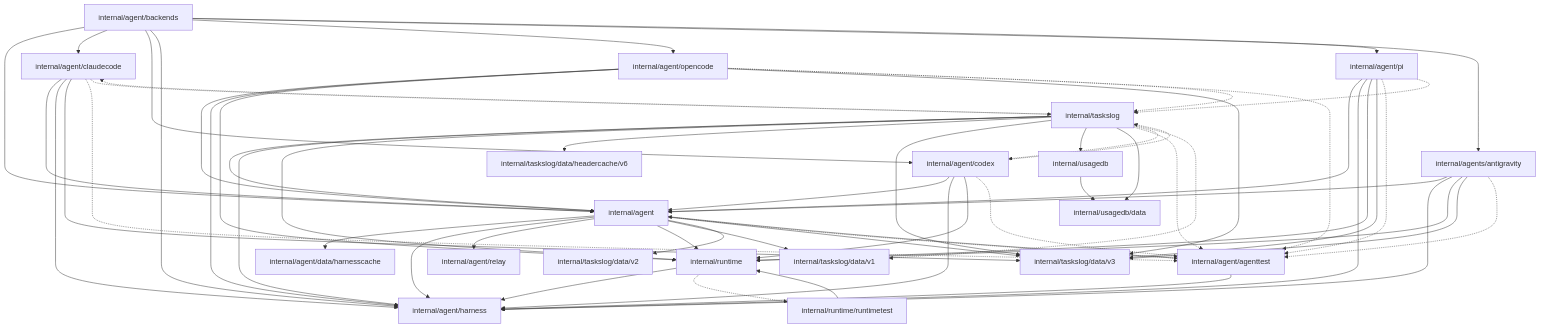
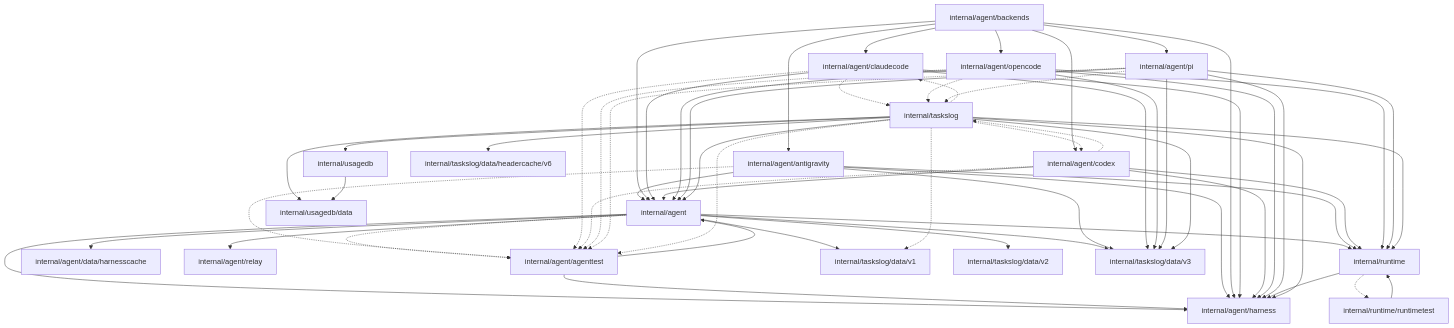
One commit to caic-xyz/caic changed the second of 3 diagrams in backend/docs/ARCHITECTURE.md. Above: the diagram before and after it, drawn with Mermaid. The commit also changed other lines of this file and 53 other files, not shown here.

```diff
--- a/backend/docs/ARCHITECTURE.md
+++ b/backend/docs/ARCHITECTURE.md
@@ -281,6 +281,7 @@
 graph TD
   pkg_internal_agent["internal/agent"]
   pkg_internal_agent_agenttest["internal/agent/agenttest"]
+  pkg_internal_agent_antigravity["internal/agent/antigravity"]
   pkg_internal_agent_backends["internal/agent/backends"]
   pkg_internal_agent_claudecode["internal/agent/claudecode"]
   pkg_internal_agent_codex["internal/agent/codex"]
@@ -289,7 +290,6 @@
   pkg_internal_agent_opencode["internal/agent/opencode"]
   pkg_internal_agent_pi["internal/agent/pi"]
   pkg_internal_agent_relay["internal/agent/relay"]
-  pkg_internal_agents_antigravity["internal/agents/antigravity"]
   pkg_internal_runtime["internal/runtime"]
   pkg_internal_runtime_runtimetest["internal/runtime/runtimetest"]
   pkg_internal_taskslog["internal/taskslog"]
@@ -310,13 +310,18 @@
   pkg_internal_agent -.-> pkg_internal_agent_agenttest
   pkg_internal_agent_agenttest --> pkg_internal_agent
   pkg_internal_agent_agenttest --> pkg_internal_agent_harness
+  pkg_internal_agent_antigravity --> pkg_internal_agent
+  pkg_internal_agent_antigravity --> pkg_internal_agent_harness
+  pkg_internal_agent_antigravity --> pkg_internal_runtime
+  pkg_internal_agent_antigravity --> pkg_internal_taskslog_data_v3
+  pkg_internal_agent_antigravity -.-> pkg_internal_agent_agenttest
   pkg_internal_agent_backends --> pkg_internal_agent
+  pkg_internal_agent_backends --> pkg_internal_agent_antigravity
   pkg_internal_agent_backends --> pkg_internal_agent_claudecode
   pkg_internal_agent_backends --> pkg_internal_agent_codex
   pkg_internal_agent_backends --> pkg_internal_agent_harness
   pkg_internal_agent_backends --> pkg_internal_agent_opencode
   pkg_internal_agent_backends --> pkg_internal_agent_pi
-  pkg_internal_agent_backends --> pkg_internal_agents_antigravity
   pkg_internal_agent_claudecode --> pkg_internal_agent
   pkg_internal_agent_claudecode --> pkg_internal_agent_harness
   pkg_internal_agent_claudecode --> pkg_internal_taskslog_data_v3
@@ -339,11 +344,6 @@
   pkg_internal_agent_pi --> pkg_internal_taskslog_data_v3
   pkg_internal_agent_pi -.-> pkg_internal_agent_agenttest
   pkg_internal_agent_pi -.-> pkg_internal_taskslog
-  pkg_internal_agents_antigravity --> pkg_internal_agent
-  pkg_internal_agents_antigravity --> pkg_internal_agent_harness
-  pkg_internal_agents_antigravity --> pkg_internal_runtime
-  pkg_internal_agents_antigravity --> pkg_internal_taskslog_data_v3
-  pkg_internal_agents_antigravity -.-> pkg_internal_agent_agenttest
   pkg_internal_runtime --> pkg_internal_agent_harness
   pkg_internal_runtime -.-> pkg_internal_runtime_runtimetest
   pkg_internal_runtime_runtimetest --> pkg_internal_runtime
```
